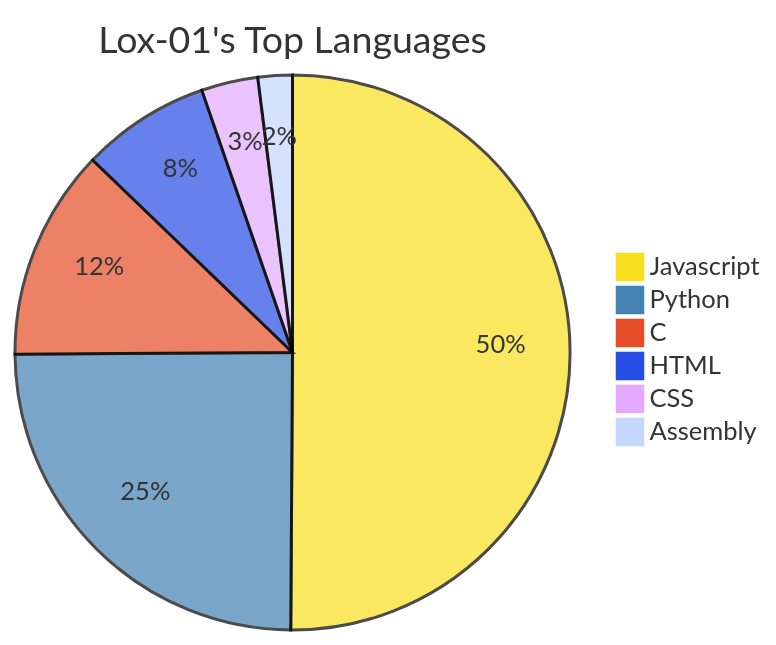
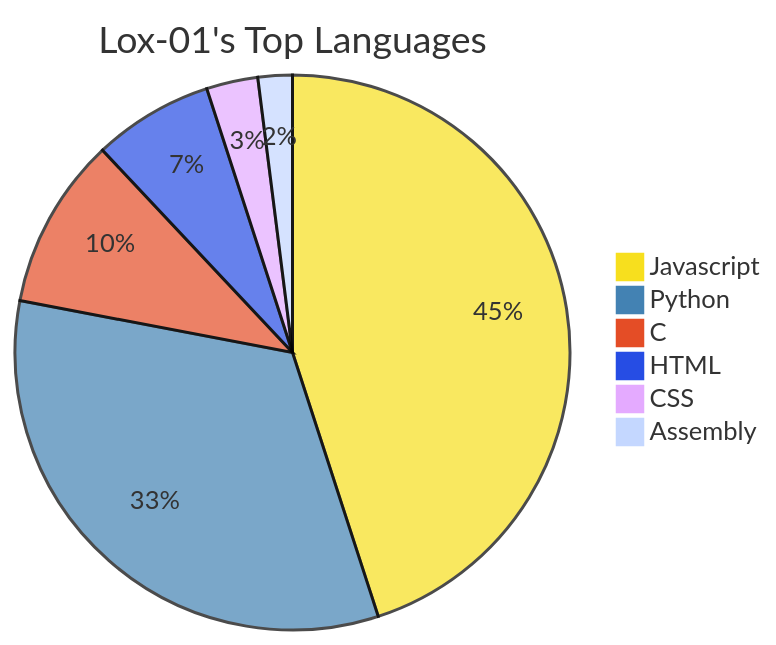
One commit to Lox-01/Lox-01 changed the diagram in README.md. Above: the diagram before and after it, drawn with Mermaid.

````diff
--- a/README.md
+++ b/README.md
@@ -16,11 +16,11 @@
 ```mermaid
 %%{init: {'theme': 'base', 'themeVariables': { "width": "20px", "pieOuterStrokeWidth": "0px", "pieInnerStrokeWidth": "0px", 'pie1': '#f7df1e', 'pie2': '#4382b3', 'pie3': '#e44d26', 'pie4': '#264de4'}}}%%
 pie
     title Lox-01's Top Languages
-    "Javascript" : 50.1
-    "Python" : 24.8
-    "C": 12.3
-    "HTML" : 7.5
-    "CSS" : 3.3
-    "Assembly" : 2.0
+    "Javascript" : 45
+    "Python" : 33
+    "C": 10
+    "HTML" : 7
+    "CSS" : 3
+    "Assembly" : 2
 ```
````
